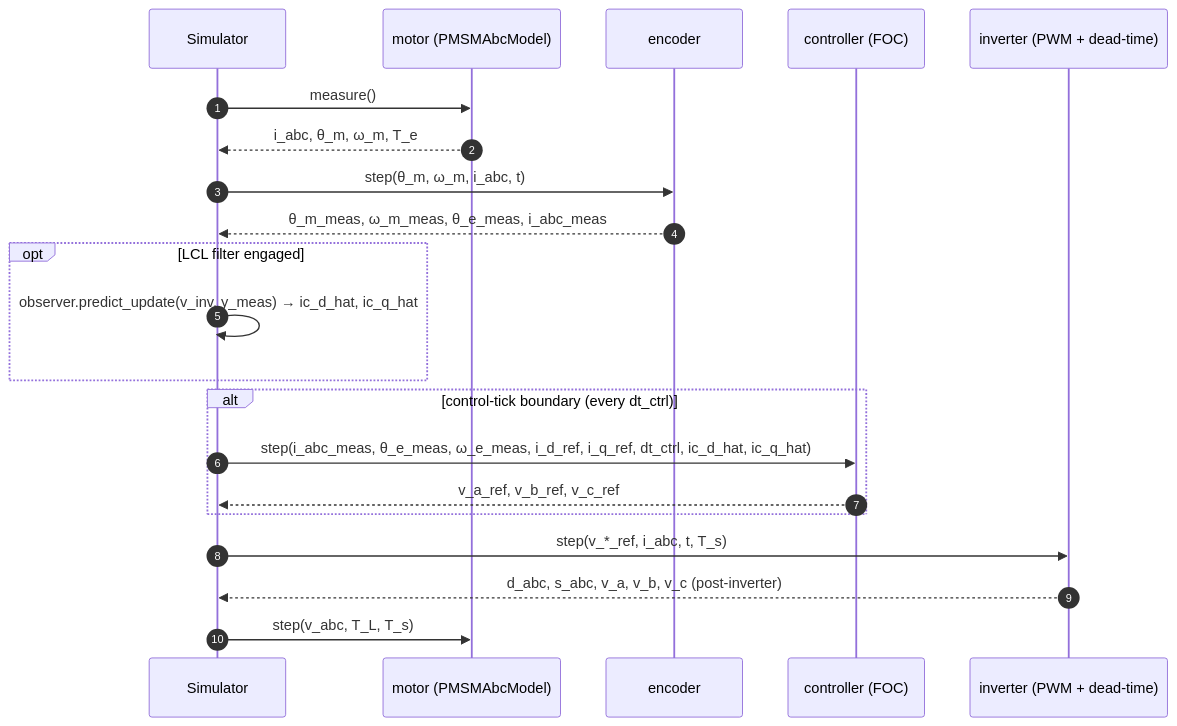
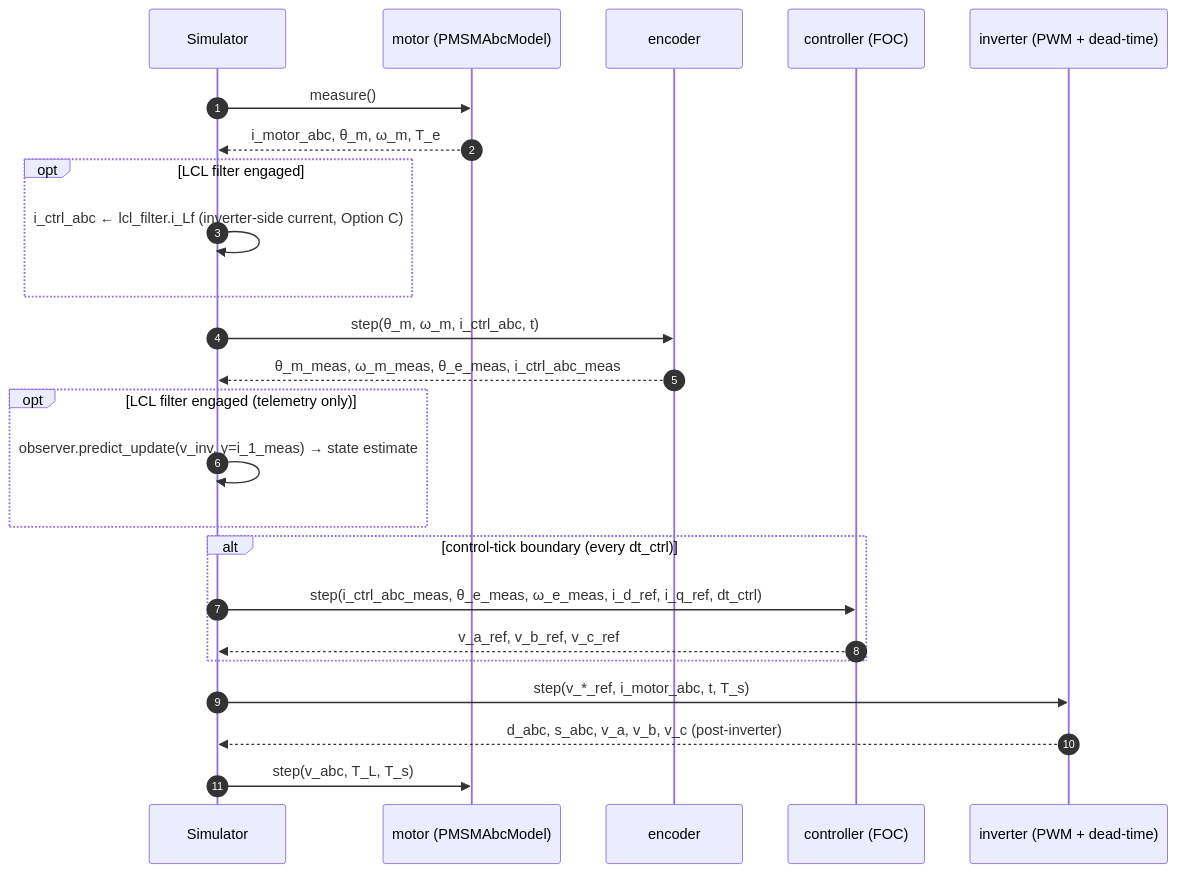
Before and after one commit to PhillipMaree/slimtorq-control: the second of 3 diagrams in README.md, drawn with Mermaid. The commit also changed other lines of this file and 35 other files, not shown here.

````diff
--- a/README.md
+++ b/README.md
@@ -88,24 +88,27 @@
 ```mermaid
 sequenceDiagram
     autonumber
     participant SIM as Simulator
     participant M as motor (PMSMAbcModel)
     participant E as encoder
     participant C as controller (FOC)
     participant I as inverter (PWM + dead-time)
 
     SIM->>M: measure()
-    M-->>SIM: i_abc, θ_m, ω_m, T_e
-    SIM->>E: step(θ_m, ω_m, i_abc, t)
-    E-->>SIM: θ_m_meas, ω_m_meas, θ_e_meas, i_abc_meas
+    M-->>SIM: i_motor_abc, θ_m, ω_m, T_e
     opt LCL filter engaged
-        SIM->>SIM: observer.predict_update(v_inv, y_meas) → ic_d_hat, ic_q_hat
+        SIM->>SIM: i_ctrl_abc ← lcl_filter.i_Lf  (inverter-side current, Option C)
+    end
+    SIM->>E: step(θ_m, ω_m, i_ctrl_abc, t)
+    E-->>SIM: θ_m_meas, ω_m_meas, θ_e_meas, i_ctrl_abc_meas
+    opt LCL filter engaged (telemetry only)
+        SIM->>SIM: observer.predict_update(v_inv, y=i_1_meas) → state estimate
     end
     alt control-tick boundary (every dt_ctrl)
-        SIM->>C: step(i_abc_meas, θ_e_meas, ω_e_meas, i_d_ref, i_q_ref, dt_ctrl, ic_d_hat, ic_q_hat)
+        SIM->>C: step(i_ctrl_abc_meas, θ_e_meas, ω_e_meas, i_d_ref, i_q_ref, dt_ctrl)
         C-->>SIM: v_a_ref, v_b_ref, v_c_ref
     end
-    SIM->>I: step(v_*_ref, i_abc, t, T_s)
+    SIM->>I: step(v_*_ref, i_motor_abc, t, T_s)
     I-->>SIM: d_abc, s_abc, v_a, v_b, v_c (post-inverter)
     SIM->>M: step(v_abc, T_L, T_s)
 ```
````
